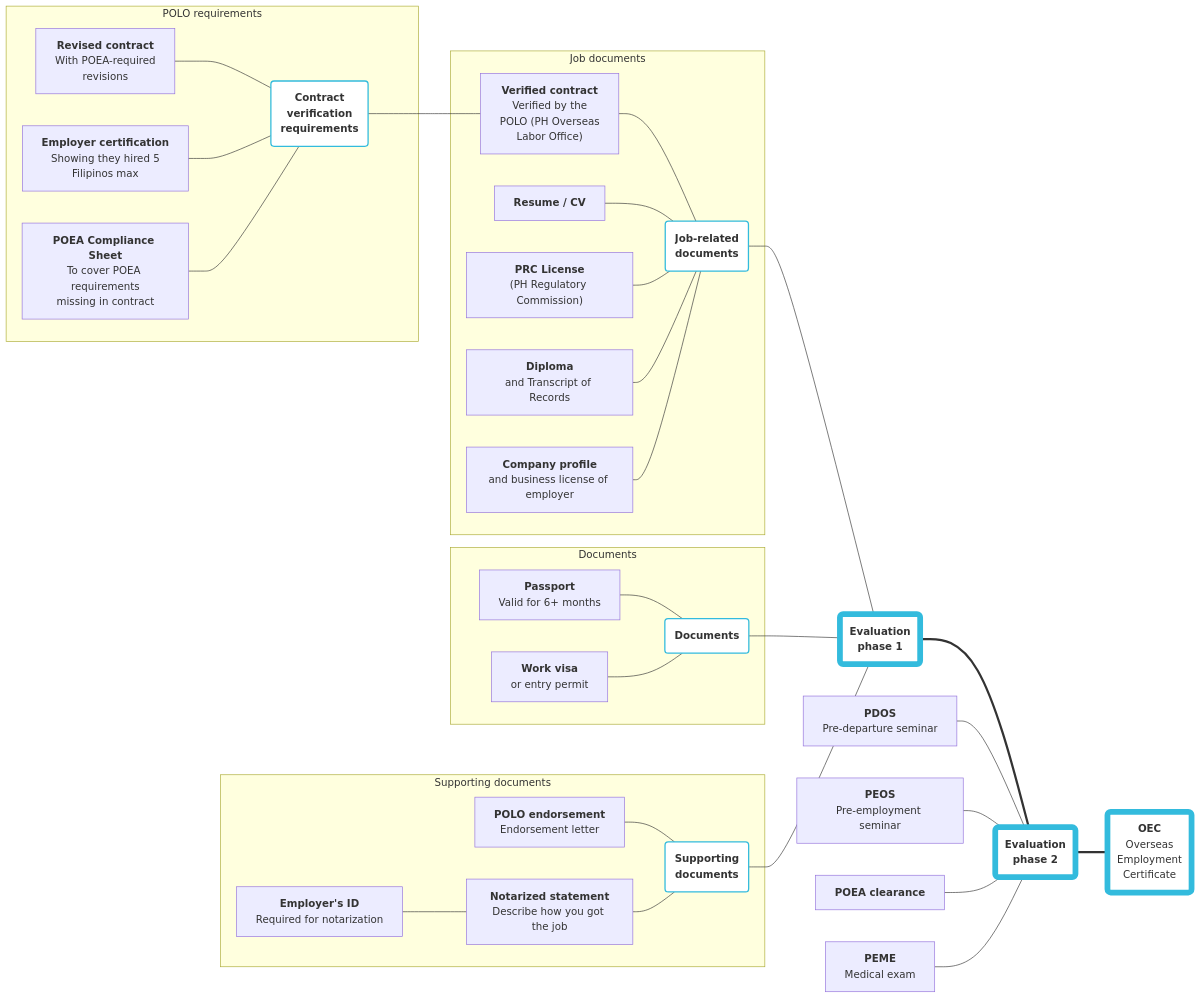
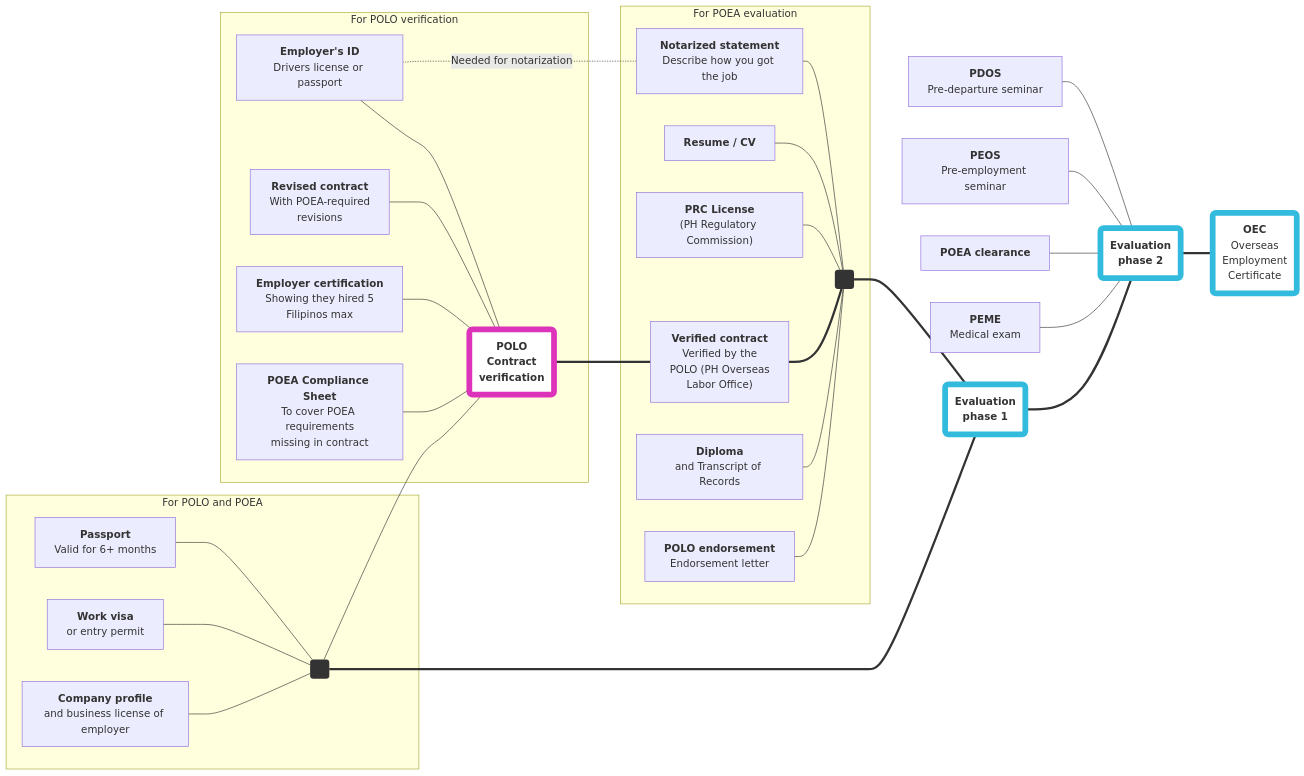
One commit to rstacruz/oec-guide changed the diagram in docs/direct_hire_evaluation.md. Above: the diagram before and after it, drawn with Mermaid.

````diff
--- a/docs/direct_hire_evaluation.md
+++ b/docs/direct_hire_evaluation.md
@@ -16,7 +16,7 @@
 PEME[<b>PEME</b><br>Medical exam]
 click PEME "./medical_exam.html" "Medical exam"
 
-CONTRACT(<b>Contract<br>verification<br>requirements</b>)
+CONTRACT(<b>POLO<br>Contract<br>verification</b>)
 VERIFIED["<b>Verified contract</b><br>Verified by the<br>POLO (PH Overseas<br>Labor Office)"]
 click VERIFIED "./polo_verification.html" "Verified contract"
 REVISED["<b>Revised contract</b><br>With POEA-required<br>revisions"]
@@ -24,17 +24,16 @@
 CERTIFICATION["<b>Employer certification</b><br>Showing they hired 5<br>Filipinos max"]
 COMPLIANCE["<b>POEA Compliance Sheet</b><br>To cover POEA requirements<br>missing in contract"]
 
-ODOCS(<b>Documents</b>)
+ODOCS(" ")
 PASSPORT["<b>Passport</b><br>Valid for 6+ months"]
 VISA["<b>Work visa</b><br>or entry permit"]
 
-SDOCS(<b>Supporting<br>documents</b>)
 ENDORSEMENT["<b>POLO endorsement</b><br>Endorsement letter"]
 click ENDORSEMENT "./polo_endorsement.html" "POLO endorsement"
 STATEMENT["<b>Notarized statement</b><br>Describe how you got the job"]
-EMPLOYERID["<b>Employer's ID</b><br>Required for notarization"]
+EMPLOYERID["<b>Employer's ID</b><br>Drivers license or passport"]
 
-JOBDOCS(<b>Job-related<br>documents</b>)
+JOBDOCS(" ")
 CV["<b>Resume / CV</b>"]
 PRC["<b>PRC License</b><br>(PH Regulatory Commission)"]
 DIPLOMA["<b>Diploma</b><br>and Transcript of Records"]
@@ -48,42 +47,40 @@
 EVAL2 --- PEME
 
 EVAL2 === EVAL1
-EVAL1 --- JOBDOCS
-EVAL1 --- ODOCS
-EVAL1 --- SDOCS
-VERIFIED --- CONTRACT
+EVAL1 === JOBDOCS
+EVAL1 === ODOCS
+VERIFIED === CONTRACT
 
-subgraph Job documents
-JOBDOCS --- VERIFIED
+subgraph For POEA evaluation
+JOBDOCS --- STATEMENT
 JOBDOCS --- CV
 JOBDOCS --- PRC
+JOBDOCS === VERIFIED
 JOBDOCS --- DIPLOMA
-JOBDOCS --- PROFILE
+JOBDOCS --- ENDORSEMENT
 end
 
-subgraph Documents
+subgraph For POLO and POEA
 ODOCS --- PASSPORT
 ODOCS --- VISA
+ODOCS --- PROFILE
 end
 
-subgraph Supporting documents
-SDOCS --- ENDORSEMENT
-SDOCS --- STATEMENT
-STATEMENT --- EMPLOYERID
-end
-
-subgraph POLO requirements
+subgraph For POLO verification
+CONTRACT --- EMPLOYERID
 CONTRACT --- REVISED
 CONTRACT --- CERTIFICATION
 CONTRACT --- COMPLIANCE
 end
 
+CONTRACT --- ODOCS
+STATEMENT -.- |Needed for notarization| EMPLOYERID
+
 style OEC fill:#fff,stroke:#3bd,stroke-width:9px
 style EVAL1 fill:#fff,stroke:#3bd,stroke-width:9px
 style EVAL2 fill:#fff,stroke:#3bd,stroke-width:9px
+style CONTRACT fill:#fff,stroke:#d3b,stroke-width:9px
 
-style ODOCS fill:#fff,stroke:#3bd,stroke-width:2px
-style SDOCS fill:#fff,stroke:#3bd,stroke-width:2px
-style JOBDOCS fill:#fff,stroke:#3bd,stroke-width:2px
-style CONTRACT fill:#fff,stroke:#3bd,stroke-width:2px
+style ODOCS fill:#333,stroke-width:0
+style JOBDOCS fill:#333,stroke-width:0
 ```
````
